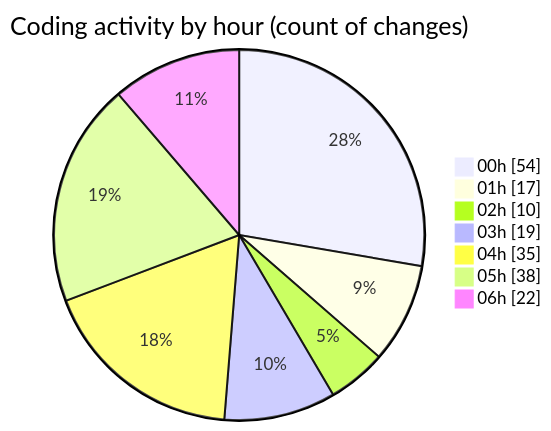
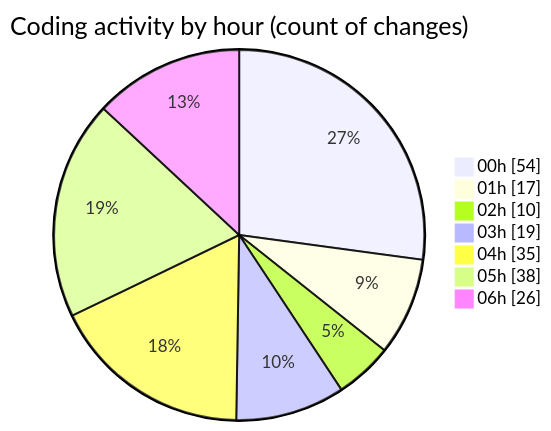
The second of 2 diagrams in 2025-07-26/quanlyrapchieuphim-1/README.md (lephambinh05/code-tracking), drawn with Mermaid before and after one commit. The commit also changed other lines of this file and 1 other file, not shown here.

````diff
--- a/2025-07-26/quanlyrapchieuphim-1/README.md
+++ b/2025-07-26/quanlyrapchieuphim-1/README.md
@@ -53,11 +53,11 @@
 ```mermaid
 pie showData
 title Coding activity by hour (count of changes)
 "00h" : 54
 "01h" : 17
 "02h" : 10
 "03h" : 19
 "04h" : 35
 "05h" : 38
-"06h" : 22
+"06h" : 26
 ```
````
